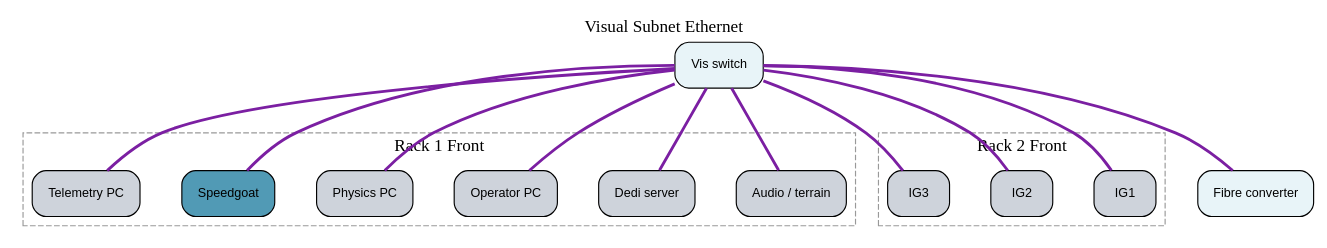
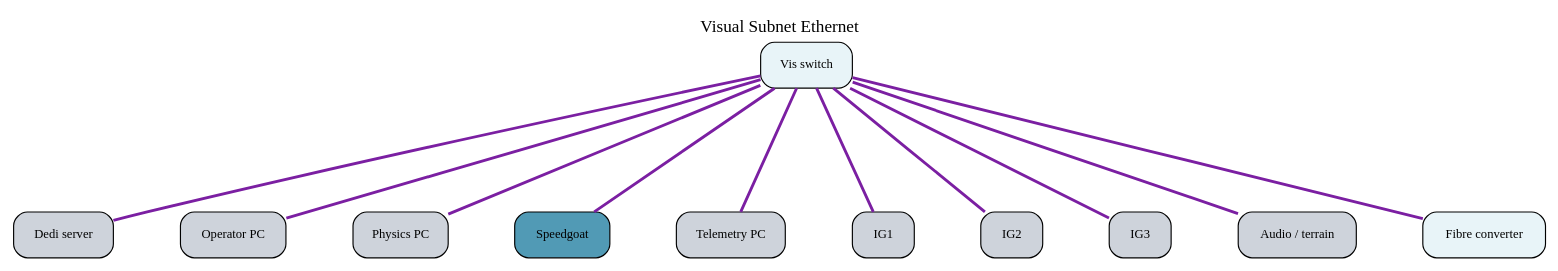
The diagram in wiring_visual_subnet_ethernet.dot (BenjiPestell/rack-diagram-demo), drawn with Graphviz before and after one commit. The commit also changed 9 other files, not shown here.

```diff
--- a/wiring_visual_subnet_ethernet.dot
+++ b/wiring_visual_subnet_ethernet.dot
@@ -1,120 +1,138 @@
 graph "Visual Subnet Ethernet" {
 
   graph [
     rankdir=TB,
-    nodesep=0.5,
-    ranksep=1.0,
+    nodesep=0.8,
+    ranksep=1.5,
     bgcolor="white",
     label="Visual Subnet Ethernet",
     labelloc=t,
     fontsize=15,
-    fontname="Arial Bold"
+    fontname="Sinkin Sans 400 Regular"
   ];
 
   node [
     shape=box,
     style="rounded,filled",
     fillcolor="#E8F4F8",
     fontsize=11,
-    fontname="Arial",
+    fontname="Sinkin Sans 400 Regular",
     margin=0.2
   ];
 
   edge [
     color="#7B1FA2",
     style=solid,
     penwidth=2.5
   ];
 
-  // Devices by rack
-  subgraph cluster_rack1_front {
+  // Sources
+  // Sources - External
+  "Vis_switch" [
+    label="Vis switch"
+  ];
+
+  // Compute
+  subgraph cluster_tier1_rack1_front {
     label="Rack 1 Front";
     style=dashed;
     color="#999999";
+    fontname="Sinkin Sans 400 Regular";
 
-    "Audio___terrain" [
-      label="Audio / terrain",
-      fillcolor="#ced3db"
-    ];
     "Dedi_server" [
       label="Dedi server",
       fillcolor="#ced3db"
     ];
     "Operator_PC" [
       label="Operator PC",
       fillcolor="#ced3db"
     ];
     "Physics_PC" [
       label="Physics PC",
       fillcolor="#ced3db"
     ];
     "Speedgoat" [
       label="Speedgoat",
       fillcolor="#519AB5"
     ];
     "Telemetry_PC" [
       label="Telemetry PC",
       fillcolor="#ced3db"
     ];
   }
 
-  subgraph cluster_rack2_front {
+  subgraph cluster_tier1_rack2_front {
     label="Rack 2 Front";
     style=dashed;
     color="#999999";
+    fontname="Sinkin Sans 400 Regular";
 
     "IG1" [
       label="IG1",
       fillcolor="#ced3db"
     ];
     "IG2" [
       label="IG2",
       fillcolor="#ced3db"
     ];
     "IG3" [
       label="IG3",
       fillcolor="#ced3db"
     ];
   }
 
-  // External devices
+  // Infrastructure
+  subgraph cluster_tier2_rack1_front {
+    label="Rack 1 Front";
+    style=dashed;
+    color="#999999";
+    fontname="Sinkin Sans 400 Regular";
+
+    "Audio___terrain" [
+      label="Audio / terrain",
+      fillcolor="#ced3db"
+    ];
+  }
+
+  // Infrastructure - External
   "Fibre_converter" [
     label="Fibre converter"
   ];
-  "Vis_switch" [
-    label="Vis switch"
-  ];
+
+  { rank=same; "Vis_switch"; }
+  { rank=same; "Telemetry_PC"; "Physics_PC"; "Speedgoat"; "Operator_PC"; "Dedi_server"; "IG1"; "IG2"; "IG3"; }
+  { rank=same; "Audio___terrain"; "Fibre_converter"; }
 
   // Connections
   "Vis_switch" -- "Audio___terrain" [
     color="#7B1FA2", style=solid, penwidth=2.5
   ];
   "Vis_switch" -- "Telemetry_PC" [
     color="#7B1FA2", style=solid, penwidth=2.5
   ];
   "Vis_switch" -- "Fibre_converter" [
     color="#7B1FA2", style=solid, penwidth=2.5
   ];
   "Vis_switch" -- "Physics_PC" [
     color="#7B1FA2", style=solid, penwidth=2.5
   ];
   "Vis_switch" -- "Speedgoat" [
     color="#7B1FA2", style=solid, penwidth=2.5
   ];
   "Vis_switch" -- "Operator_PC" [
     color="#7B1FA2", style=solid, penwidth=2.5
   ];
   "Vis_switch" -- "Dedi_server" [
     color="#7B1FA2", style=solid, penwidth=2.5
   ];
   "Vis_switch" -- "IG1" [
     color="#7B1FA2", style=solid, penwidth=2.5
   ];
   "Vis_switch" -- "IG2" [
     color="#7B1FA2", style=solid, penwidth=2.5
   ];
   "Vis_switch" -- "IG3" [
     color="#7B1FA2", style=solid, penwidth=2.5
   ];
 
 }
```
